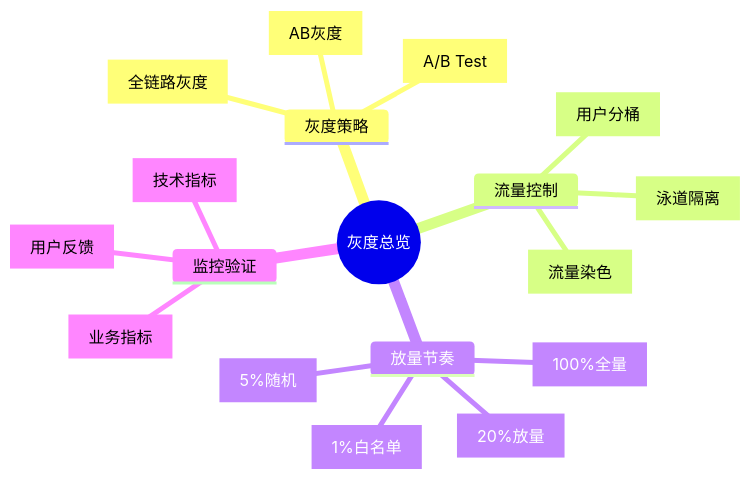
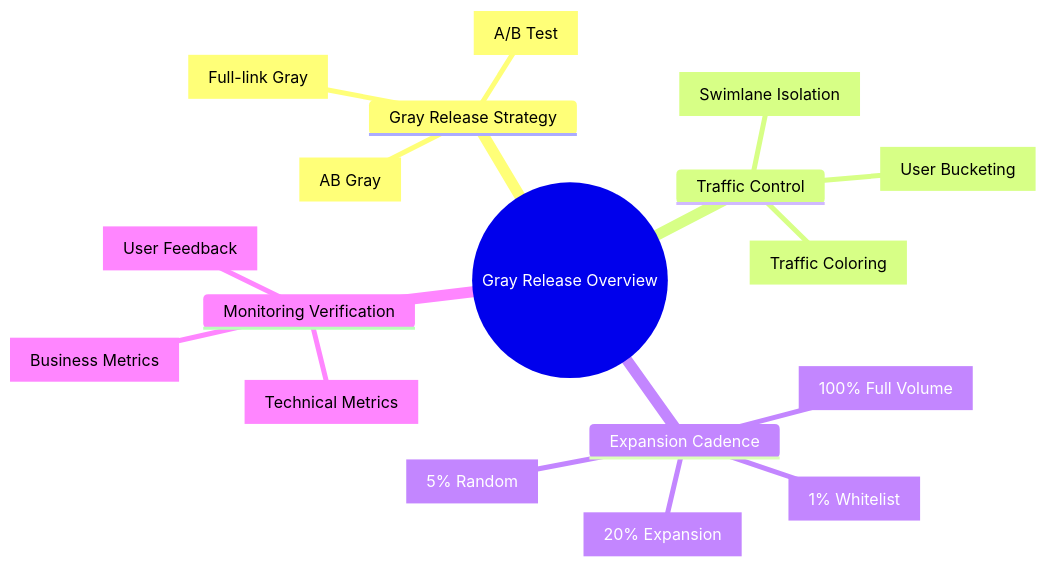
Before and after one commit to Kirky-X/cangjie: the first of 9 diagrams in templates/产品/交付层/【模板】灰度方案.md, drawn with Mermaid. The commit also changed other lines of this file and 60 other files, not shown here.

````diff
--- a/templates/产品/交付层/【模板】灰度方案.md
+++ b/templates/产品/交付层/【模板】灰度方案.md
@@ -68,21 +68,21 @@
 ```mermaid
 mindmap
-  root((灰度总览))
-    灰度策略
-      [AB灰度]
-      [全链路灰度]
+  root((Gray Release Overview))
+    Gray Release Strategy
+      [AB Gray]
+      [Full-link Gray]
       [A/B Test]
-    流量控制
-      [用户分桶]
-      [流量染色]
-      [泳道隔离]
-    放量节奏
-      [1%白名单]
-      [5%随机]
-      [20%放量]
-      [100%全量]
-    监控验证
-      [技术指标]
-      [业务指标]
-      [用户反馈]
+    Traffic Control
+      [User Bucketing]
+      [Traffic Coloring]
+      [Swimlane Isolation]
+    Expansion Cadence
+      [1% Whitelist]
+      [5% Random]
+      [20% Expansion]
+      [100% Full Volume]
+    Monitoring Verification
+      [Technical Metrics]
+      [Business Metrics]
+      [User Feedback]
 ```
````
